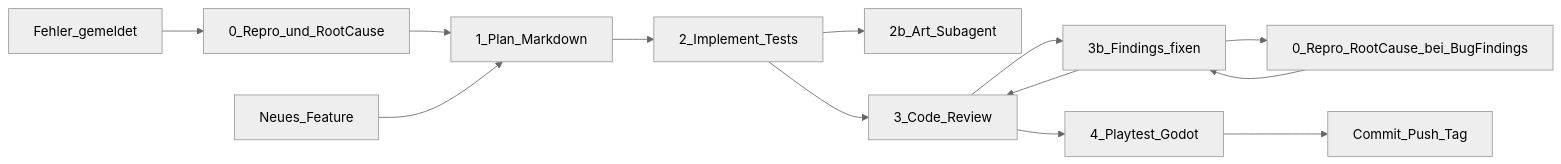
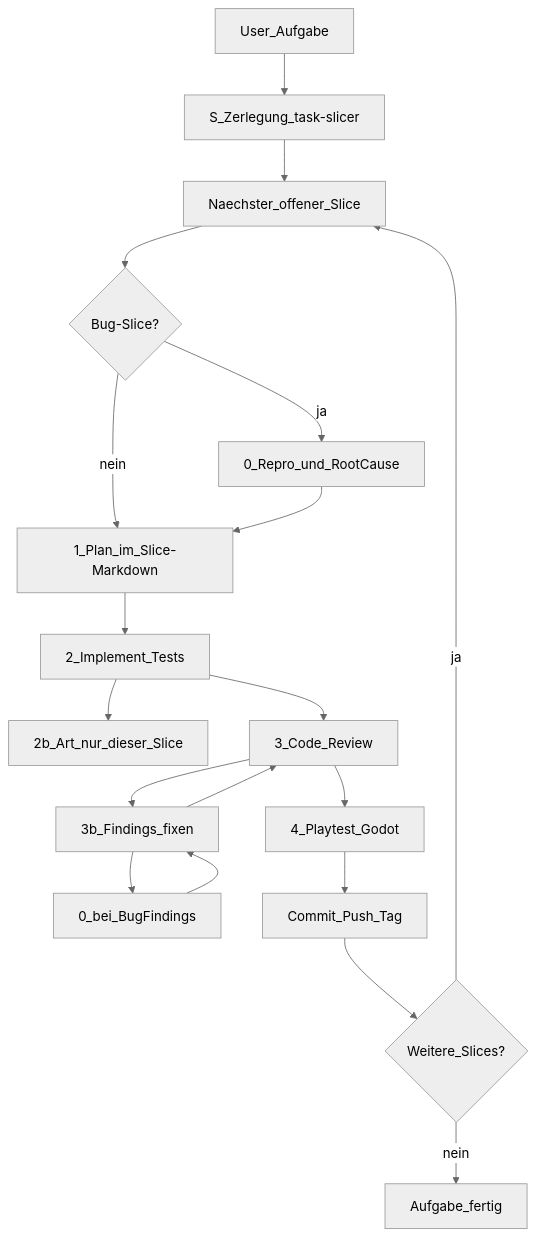
Before and after one commit to stefanObs/transforming-rescue-mechs: the diagram in docs/ENTWICKLUNGSABLAUF.md, drawn with Mermaid (neutral theme). The commit also changed other lines of this file and 11 other files, not shown here.

First line of the commit message:
Require a slicer subagent before each task and ship one slice at a time.

````diff
--- a/docs/ENTWICKLUNGSABLAUF.md
+++ b/docs/ENTWICKLUNGSABLAUF.md
@@ -7,15 +7,21 @@
 ```mermaid
-flowchart LR
-  Bug[Fehler_gemeldet] --> RCA[0_Repro_und_RootCause]
-  RCA --> P[1_Plan_Markdown]
-  Feature[Neues_Feature] --> P
+flowchart TB
+  Task[User_Aufgabe] --> S[S_Zerlegung_task-slicer]
+  S --> Q[Naechster_offener_Slice]
+  Q --> Bug{Bug-Slice?}
+  Bug -->|ja| RCA[0_Repro_und_RootCause]
+  Bug -->|nein| P
+  RCA --> P[1_Plan_im_Slice-Markdown]
   P --> I[2_Implement_Tests]
-  I --> A[2b_Art_Subagent]
+  I --> A[2b_Art_nur_dieser_Slice]
   I --> R[3_Code_Review]
   R --> F[3b_Findings_fixen]
-  F --> RCA2[0_Repro_RootCause_bei_BugFindings]
+  F --> RCA2[0_bei_BugFindings]
   RCA2 --> F
   F --> R
   R --> T[4_Playtest_Godot]
-  T --> Done[Commit_Push_Tag]
+  T --> Git[Commit_Push_Tag]
+  Git --> More{Weitere_Slices?}
+  More -->|ja| Q
+  More -->|nein| Done[Aufgabe_fertig]
 ```
````
